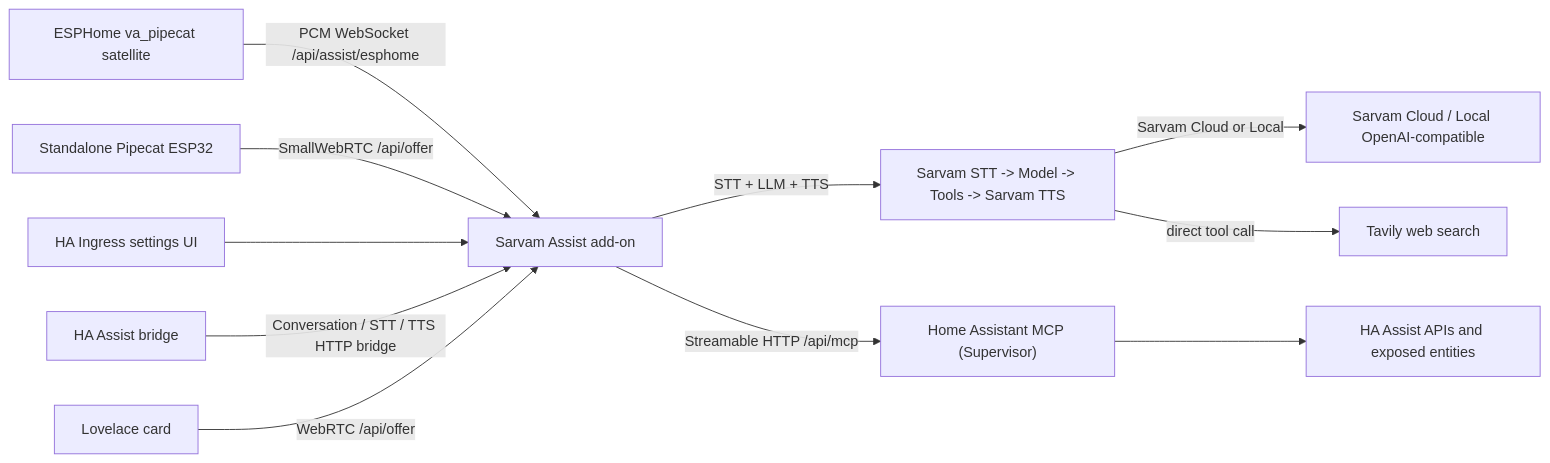
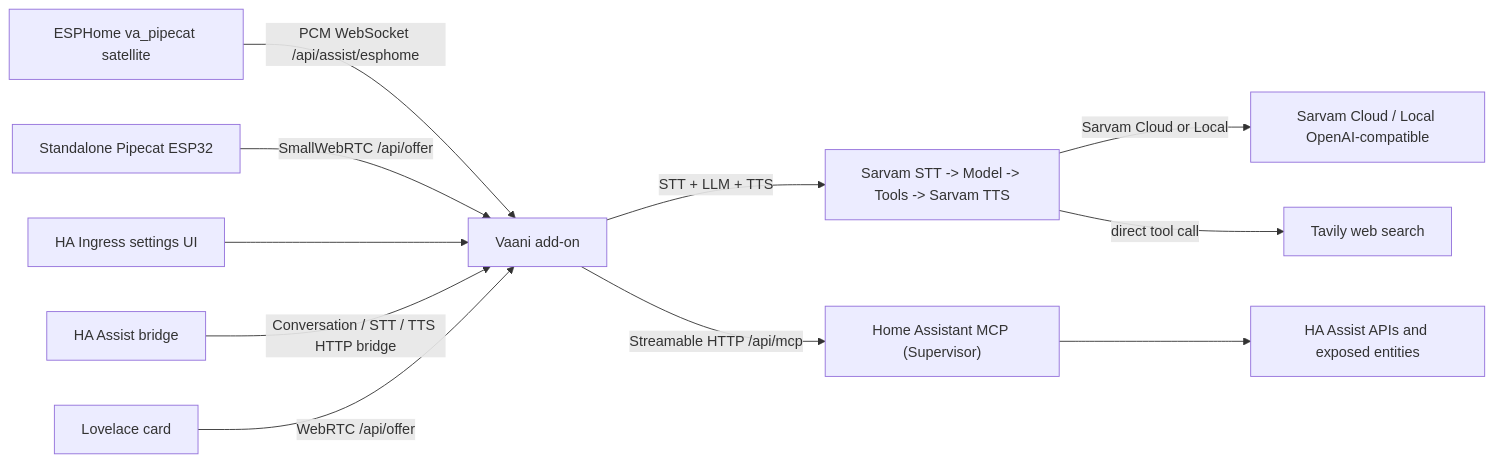
Before and after one commit to virajpadte/ha-vaani: the diagram in README.md, drawn with Mermaid. The commit also changed other lines of this file and 40 other files, not shown here.

````diff
--- a/README.md
+++ b/README.md
@@ -270,13 +274,13 @@
 ```mermaid
 flowchart LR
-    ESPHome["ESPHome va_pipecat satellite"] -->|"PCM WebSocket /api/assist/esphome"| Addon["Sarvam Assist add-on"]
+    ESPHome["ESPHome va_pipecat satellite"] -->|"PCM WebSocket /api/assist/esphome"| Addon["Vaani add-on"]
     ESP32["Standalone Pipecat ESP32"] -->|"SmallWebRTC /api/offer"| Addon
     Browser["HA Ingress settings UI"] --> Addon
     HAConv["HA Assist bridge"] -->|"Conversation / STT / TTS HTTP bridge"| Addon
     Lovelace["Lovelace card"] -->|"WebRTC /api/offer"| Addon
     Addon -->|"STT + LLM + TTS"| Pipeline["Sarvam STT -> Model -> Tools -> Sarvam TTS"]
     Pipeline -->|"Sarvam Cloud or Local"| Model["Sarvam Cloud / Local OpenAI-compatible"]
     Pipeline -->|"direct tool call"| Tavily["Tavily web search"]
     Addon -->|"Streamable HTTP /api/mcp"| HAMCP["Home Assistant MCP (Supervisor)"]
     HAMCP --> Assist["HA Assist APIs and exposed entities"]
 ```
````
